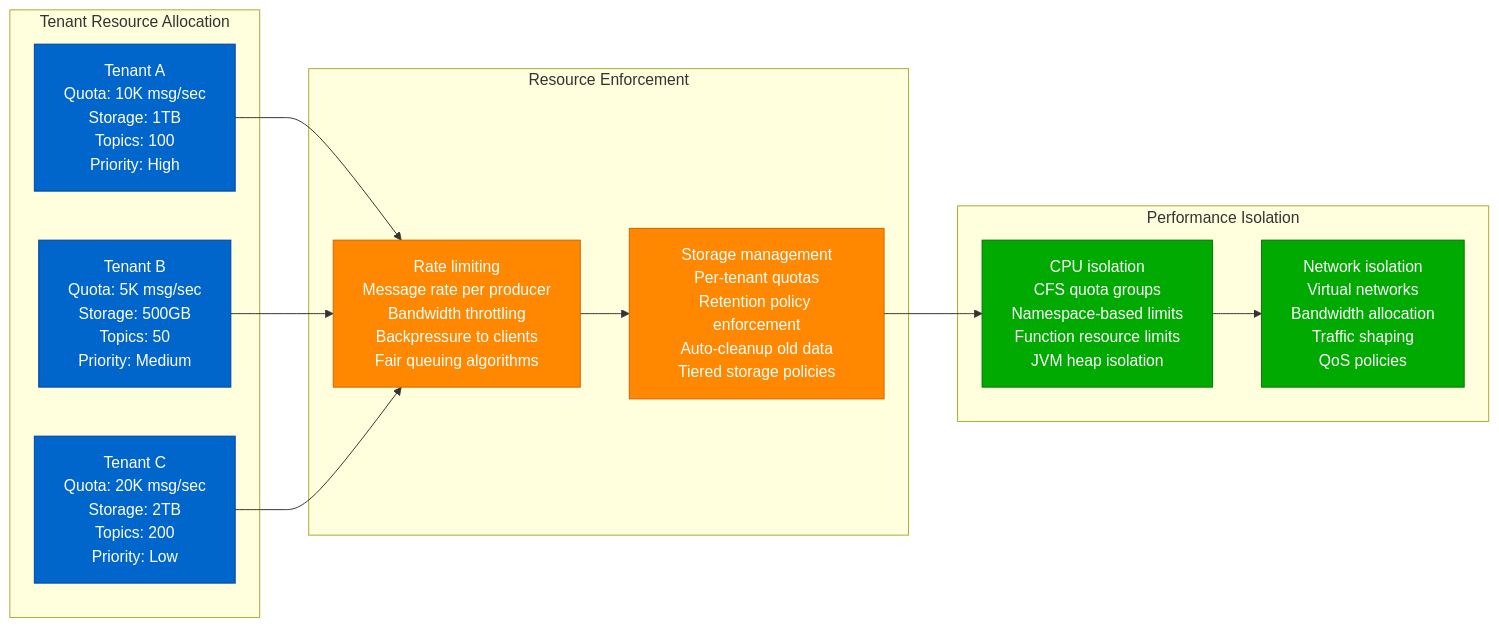
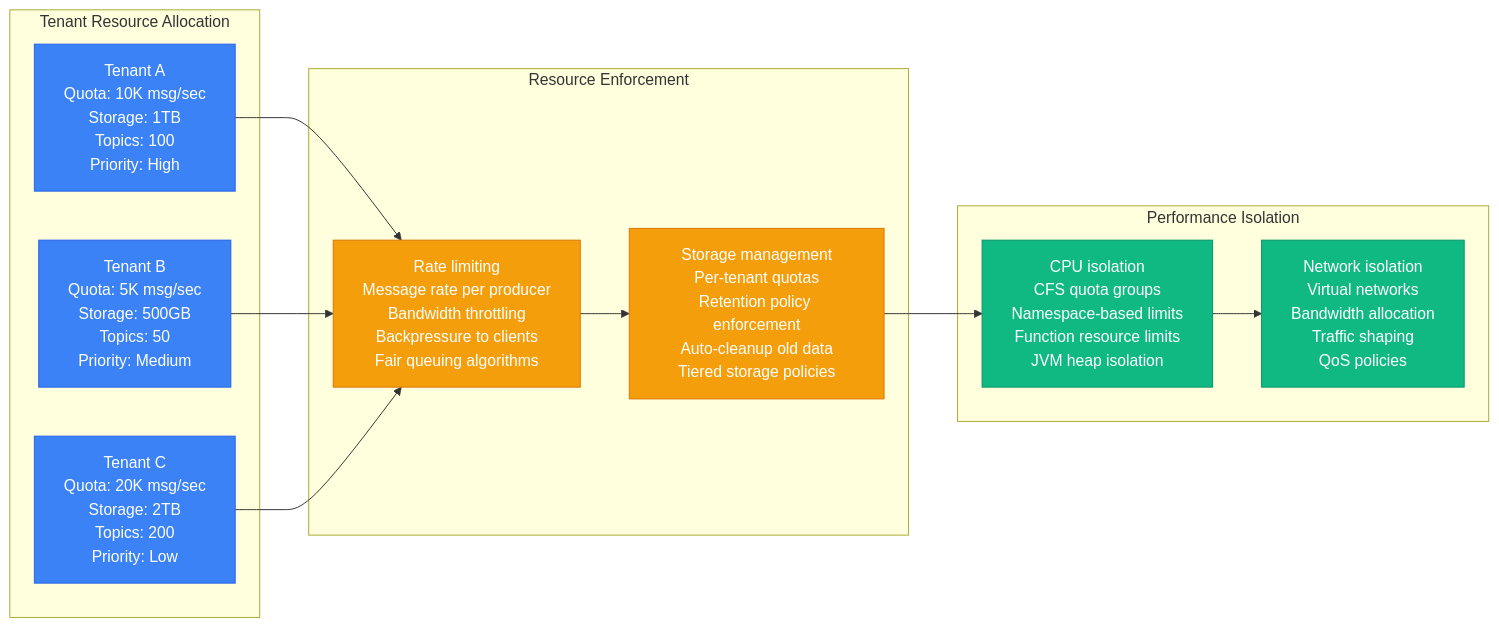
The tenth of 11 diagrams in site/docs/performance/pulsar-performance-profile.md (deepaucksharma/DS), drawn with Mermaid before and after one commit. The commit also changed other lines of this file and 303 other files, not shown here.

````diff
--- a/site/docs/performance/pulsar-performance-profile.md
+++ b/site/docs/performance/pulsar-performance-profile.md
@@ -381,38 +381,38 @@
 ```mermaid
 graph LR
     subgraph "Tenant Resource Allocation"
         TENANT1[Tenant A<br/>Quota: 10K msg/sec<br/>Storage: 1TB<br/>Topics: 100<br/>Priority: High]
 
         TENANT2[Tenant B<br/>Quota: 5K msg/sec<br/>Storage: 500GB<br/>Topics: 50<br/>Priority: Medium]
 
         TENANT3[Tenant C<br/>Quota: 20K msg/sec<br/>Storage: 2TB<br/>Topics: 200<br/>Priority: Low]
     end
 
     subgraph "Resource Enforcement"
         ENFORCE1[Rate limiting<br/>Message rate per producer<br/>Bandwidth throttling<br/>Backpressure to clients<br/>Fair queuing algorithms]
 
         ENFORCE2[Storage management<br/>Per-tenant quotas<br/>Retention policy enforcement<br/>Auto-cleanup old data<br/>Tiered storage policies]
 
         TENANT1 --> ENFORCE1
         TENANT2 --> ENFORCE1
         TENANT3 --> ENFORCE1
         ENFORCE1 --> ENFORCE2
     end
 
     subgraph "Performance Isolation"
         ISOLATION1[CPU isolation<br/>CFS quota groups<br/>Namespace-based limits<br/>Function resource limits<br/>JVM heap isolation]
 
         ISOLATION2[Network isolation<br/>Virtual networks<br/>Bandwidth allocation<br/>Traffic shaping<br/>QoS policies]
 
         ENFORCE2 --> ISOLATION1
         ISOLATION1 --> ISOLATION2
     end
 
-    classDef tenantStyle fill:#0066CC,stroke:#004499,color:#fff
-    classDef enforceStyle fill:#FF8800,stroke:#CC6600,color:#fff
-    classDef isolationStyle fill:#00AA00,stroke:#007700,color:#fff
+    classDef tenantStyle fill:#3B82F6,stroke:#2563EB,color:#fff
+    classDef enforceStyle fill:#F59E0B,stroke:#D97706,color:#fff
+    classDef isolationStyle fill:#10B981,stroke:#059669,color:#fff
 
     class TENANT1,TENANT2,TENANT3 tenantStyle
     class ENFORCE1,ENFORCE2 enforceStyle
     class ISOLATION1,ISOLATION2 isolationStyle
 ```
````
